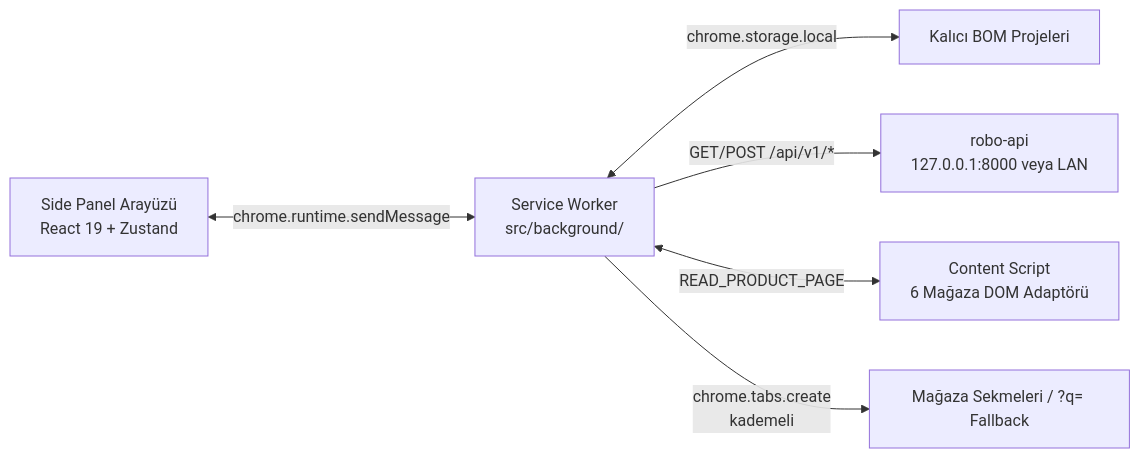
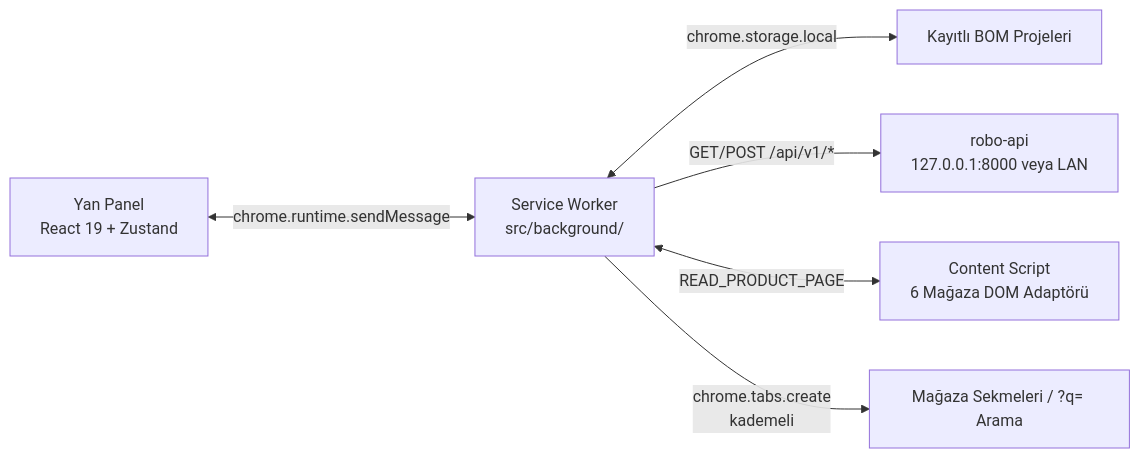
The diagram in README.md (AtaCanYmc/bom-tr), drawn with Mermaid before and after one commit. The commit also changed other lines of this file, not shown here.

````diff
--- a/README.md
+++ b/README.md
@@ -27,8 +27,8 @@
 ```mermaid
 flowchart LR
-    SP["Side Panel Arayüzü\nReact 19 + Zustand"] <-->|"chrome.runtime.sendMessage"| SW["Service Worker\nsrc/background/"]
-    SW <-->|"chrome.storage.local"| ST["Kalıcı BOM Projeleri"]
+    SP["Yan Panel\nReact 19 + Zustand"] <-->|"chrome.runtime.sendMessage"| SW["Service Worker\nsrc/background/"]
+    SW <-->|"chrome.storage.local"| ST["Kayıtlı BOM Projeleri"]
     SW -->|"GET/POST /api/v1/*"| API["robo-api\n127.0.0.1:8000 veya LAN"]
     SW <-->|"READ_PRODUCT_PAGE"| CS["Content Script\n6 Mağaza DOM Adaptörü"]
-    SW -->|"chrome.tabs.create\nkademeli"| TABS["Mağaza Sekmeleri / ?q= Fallback"]
+    SW -->|"chrome.tabs.create\nkademeli"| TABS["Mağaza Sekmeleri / ?q= Arama"]
 ```
````
